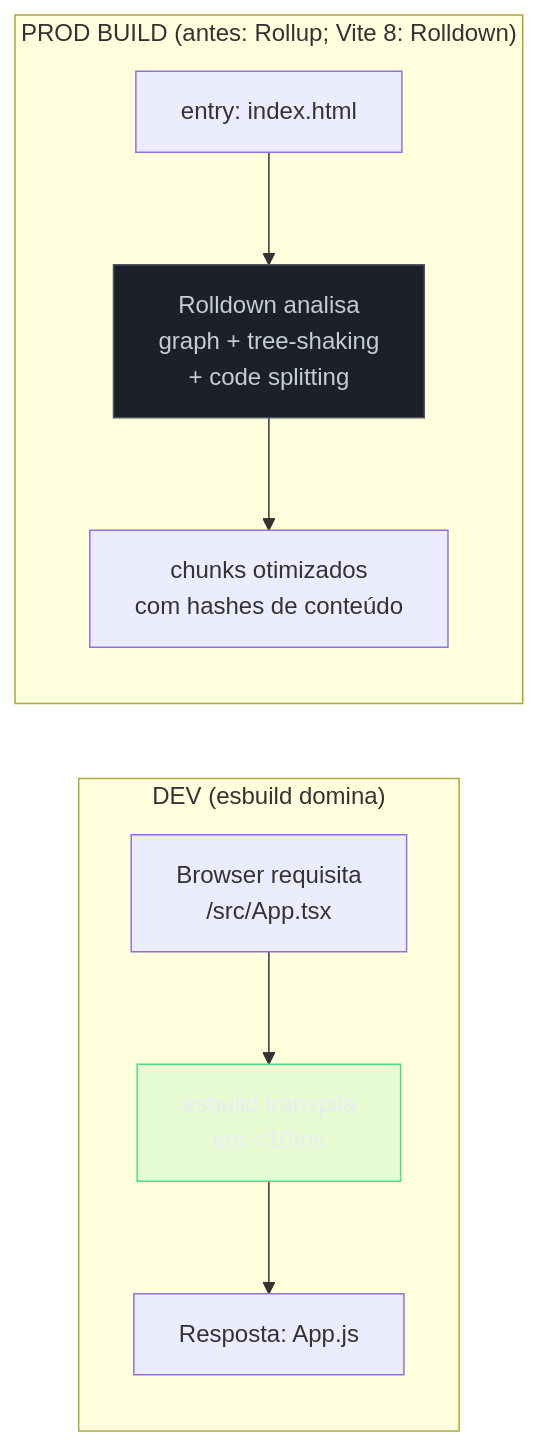
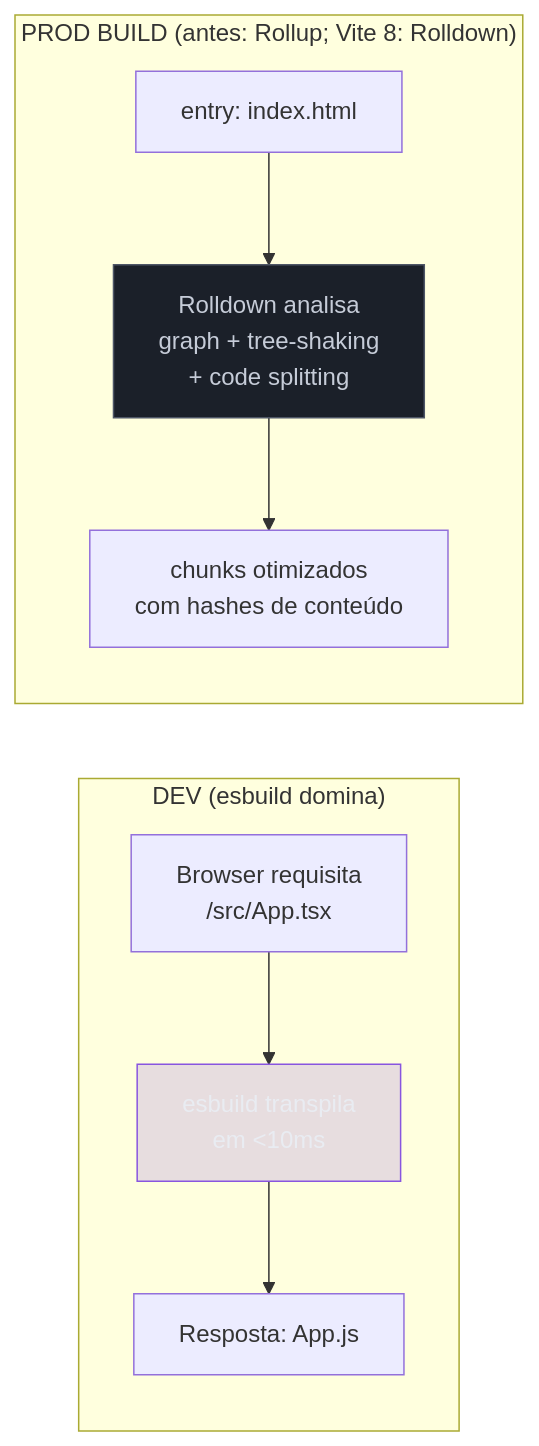
One commit to josenaldo/codex-technomanticus changed the third of 11 diagrams in 03-Dominios/Tecnologia/Tooling e Build/14 - Rollup, esbuild e Rolldown.md. Above: the diagram before and after it, drawn with Mermaid. The commit also changed other lines of this file and 601 other files, not shown here.

````diff
--- a/03-Dominios/Tecnologia/Tooling e Build/14 - Rollup, esbuild e Rolldown.md
+++ b/03-Dominios/Tecnologia/Tooling e Build/14 - Rollup, esbuild e Rolldown.md
@@ -327,21 +327,21 @@
 ```mermaid
 flowchart LR
-    classDef ok fill:#4ADE8021,stroke:#4ADE80,color:#E9ECF2
+    classDef marca fill:#8855DF33,stroke:#8855DF,color:#E9ECF2
     classDef neutro fill:#1B2029,stroke:#4E5666,color:#C6CCD8
     subgraph "DEV (esbuild domina)"
         REQ["Browser requisita\n/src/App.tsx"]
         EB_DEV["esbuild transpila\nem <10ms"]
         RESP["Resposta: App.js"]
         REQ --> EB_DEV --> RESP
     end
 
     subgraph "PROD BUILD (antes: Rollup; Vite 8: Rolldown)"
         ENTRY["entry: index.html"]
         RD["Rolldown analisa\ngraph + tree-shaking\n+ code splitting"]
         BUNDLE["chunks otimizados\ncom hashes de conteúdo"]
         ENTRY --> RD --> BUNDLE
     end
 
-    class EB_DEV ok
+    class EB_DEV marca
     class RD neutro
 ```
````
